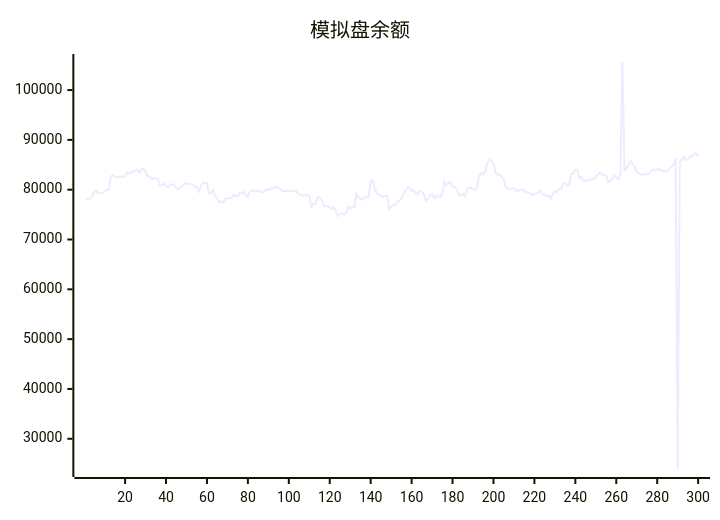
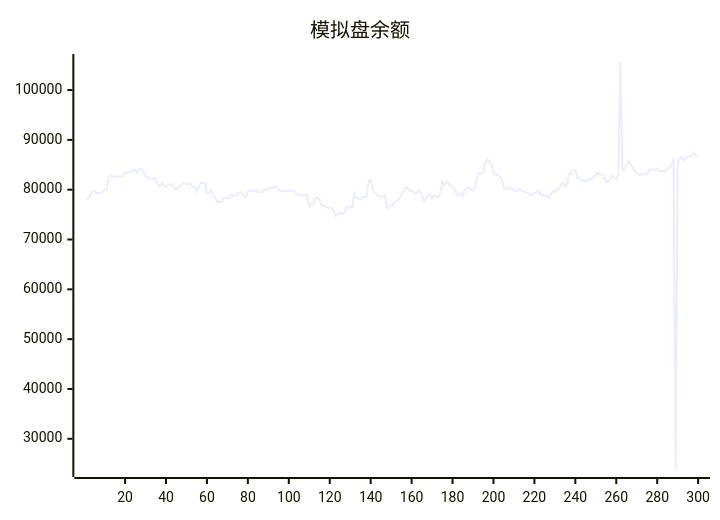
The diagram in README.md (aahl/ai-trading), drawn with Mermaid before and after one commit. The commit also changed other lines of this file and 1 other file, not shown here.

````diff
--- a/README.md
+++ b/README.md
@@ -5,5 +5,5 @@
 ```mermaid
 xychart
     title "模拟盘余额"
-    line [78139,78037,78293,78682,79720,79720,79214,79372,79279,79591,80046,79993,82625,82950,82626,82571,82633,82670,82670,82681,83386,83378,83464,83579,83920,84037,83402,84160,84142,83652,82655,82655,82145,82315,82243,82163,80934,80770,81371,80742,80468,80989,80989,81067,80191,80155,80450,80737,81309,81309,81106,81119,81119,80471,80631,79624,80670,81448,81290,81429,79212,79222,79940,78643,78380,77432,77623,77504,78235,78358,78284,78277,79048,78714,78714,79290,79308,79567,78763,78563,79603,79988,79652,79813,79813,79476,79469,79673,79995,80015,80015,80486,80314,80600,80436,79966,79689,79689,79819,79692,79692,79850,79850,79518,79071,78889,78850,78850,78878,78878,76554,77202,77103,78357,78510,78106,76678,76677,76672,76411,76159,76485,75656,74695,75197,75246,75052,75334,76564,76179,76553,76551,79196,78300,78300,77944,78531,78531,78521,81564,81884,80160,79335,79055,78675,78580,78708,78764,76179,76586,76902,76876,77658,77669,78346,79023,79769,80497,80366,79761,79896,79448,79126,79749,79658,79097,77695,78114,78888,79126,78249,78738,78653,78478,79271,81680,80923,81488,81527,80681,80455,80190,79084,78879,79193,78686,79954,80403,80374,80118,79848,80491,82665,83351,83098,83525,85430,85983,85737,85221,83378,83014,83043,82613,82216,80477,80208,80081,80348,80277,79894,79670,79965,80093,79786,79542,79406,79371,78893,79087,79304,79406,79841,79072,78978,78696,78846,78272,79085,79787,79442,80198,80031,81120,81379,80718,80985,83214,83212,83993,83921,82270,82547,81776,81776,81866,81866,82158,82061,82596,83000,83408,83041,83050,82858,81503,81691,82188,82812,82517,82092,82901,105633,83898,84180,85030,85781,85178,84604,83569,83298,83008,83093,83107,83175,83228,83729,84025,84017,84019,84177,83775,83762,83785,83738,84160,84639,84939,86370,23934,85548,86046,86599,85942,86161,86622,86664,87115,87369,86666]
+    line [78037,78293,78682,79720,79720,79214,79372,79279,79591,80046,79993,82625,82950,82626,82571,82633,82670,82670,82681,83386,83378,83464,83579,83920,84037,83402,84160,84142,83652,82655,82655,82145,82315,82243,82163,80934,80770,81371,80742,80468,80989,80989,81067,80191,80155,80450,80737,81309,81309,81106,81119,81119,80471,80631,79624,80670,81448,81290,81429,79212,79222,79940,78643,78380,77432,77623,77504,78235,78358,78284,78277,79048,78714,78714,79290,79308,79567,78763,78563,79603,79988,79652,79813,79813,79476,79469,79673,79995,80015,80015,80486,80314,80600,80436,79966,79689,79689,79819,79692,79692,79850,79850,79518,79071,78889,78850,78850,78878,78878,76554,77202,77103,78357,78510,78106,76678,76677,76672,76411,76159,76485,75656,74695,75197,75246,75052,75334,76564,76179,76553,76551,79196,78300,78300,77944,78531,78531,78521,81564,81884,80160,79335,79055,78675,78580,78708,78764,76179,76586,76902,76876,77658,77669,78346,79023,79769,80497,80366,79761,79896,79448,79126,79749,79658,79097,77695,78114,78888,79126,78249,78738,78653,78478,79271,81680,80923,81488,81527,80681,80455,80190,79084,78879,79193,78686,79954,80403,80374,80118,79848,80491,82665,83351,83098,83525,85430,85983,85737,85221,83378,83014,83043,82613,82216,80477,80208,80081,80348,80277,79894,79670,79965,80093,79786,79542,79406,79371,78893,79087,79304,79406,79841,79072,78978,78696,78846,78272,79085,79787,79442,80198,80031,81120,81379,80718,80985,83214,83212,83993,83921,82270,82547,81776,81776,81866,81866,82158,82061,82596,83000,83408,83041,83050,82858,81503,81691,82188,82812,82517,82092,82901,105633,83898,84180,85030,85781,85178,84604,83569,83298,83008,83093,83107,83175,83228,83729,84025,84017,84019,84177,83775,83762,83785,83738,84160,84639,84939,86370,23934,85548,86046,86599,85942,86161,86622,86664,87115,87369,86666,86685]
 ```
````
